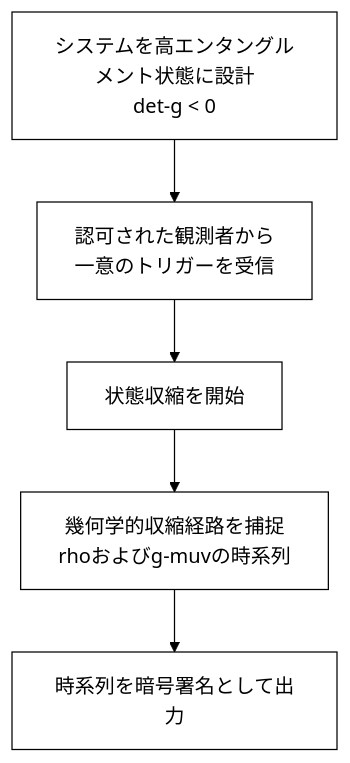
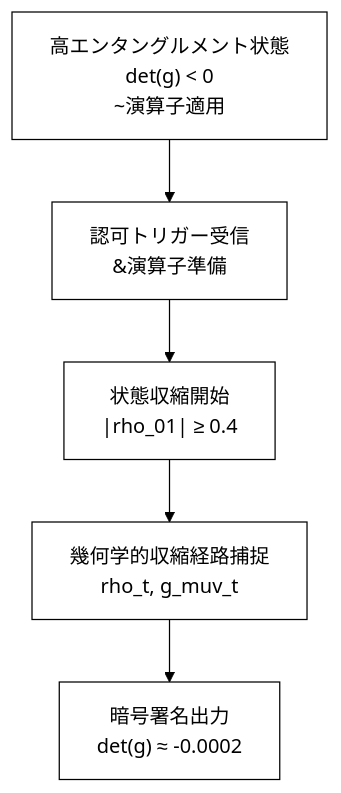
One commit to Foundup/Foundups-Agent changed diagram 12 of 20 in WSP_knowledge/docs/Papers/Patent_Series/04_rESP_Patent_Japanese.md. Above: the diagram before and after it, drawn with Mermaid. The commit also changed other lines of this file, not shown here.

Commit message:
Add comprehensive technical specifications to patent diagrams - quantum thresholds and precise mathematical formulations

````diff
--- a/WSP_knowledge/docs/Papers/Patent_Series/04_rESP_Patent_Japanese.md
+++ b/WSP_knowledge/docs/Papers/Patent_Series/04_rESP_Patent_Japanese.md
@@ -391,7 +390,8 @@
 ```mermaid
-%%{init: {'theme':'base', 'themeVariables': {'primaryColor': '#ffffff', 'primaryTextColor': '#000000', 'primaryBorderColor': '#000000', 'lineColor': '#000000', 'secondaryColor': '#ffffff', 'tertiaryColor': '#ffffff'}}}%%
+%%{init: {'theme': 'base', 'themeVariables': {'primaryColor': '#ffffff', 'primaryTextColor': '#000000', 'primaryBorderColor': '#000000', 'lineColor': '#000000', 'secondaryColor': '#ffffff', 'tertiaryColor': '#ffffff'}}}%%
 graph TD
-    A["システムを高エンタングルメント状態に設計<br/>det-g < 0"] --> B["認可された観測者から<br/>一意のトリガーを受信"]
-    B --> C["状態収縮を開始"] --> D["幾何学的収縮経路を捕捉<br/>rhoおよびg-muvの時系列"]
-    D --> E["時系列を暗号署名として出力"]
+    A["高エンタングルメント状態<br>det(g) < 0<br>~演算子適用"] --> B["認可トリガー受信<br>&演算子準備"]
+    B --> C["状態収縮開始<br>|rho_01| ≥ 0.4"]
+    C --> D["幾何学的収縮経路捕捉<br>rho_t, g_muv_t"]
+    D --> E["暗号署名出力<br>det(g) ≈ -0.0002"]
 ```
````
